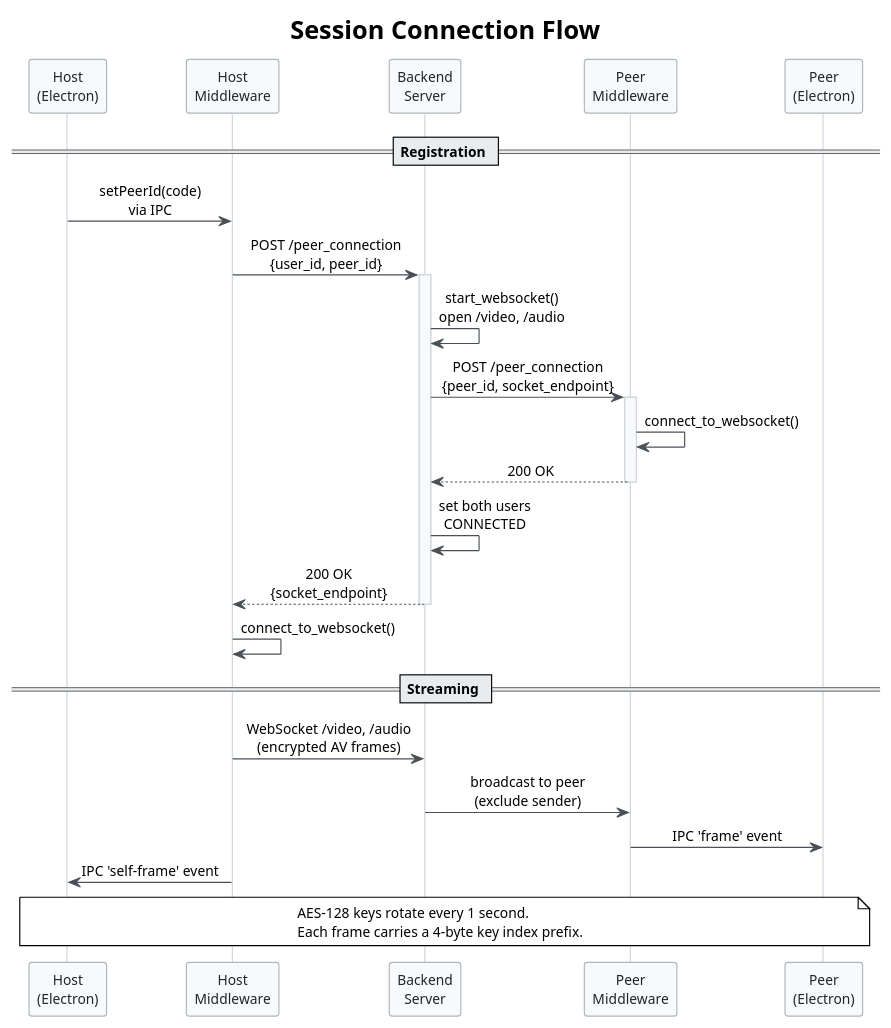
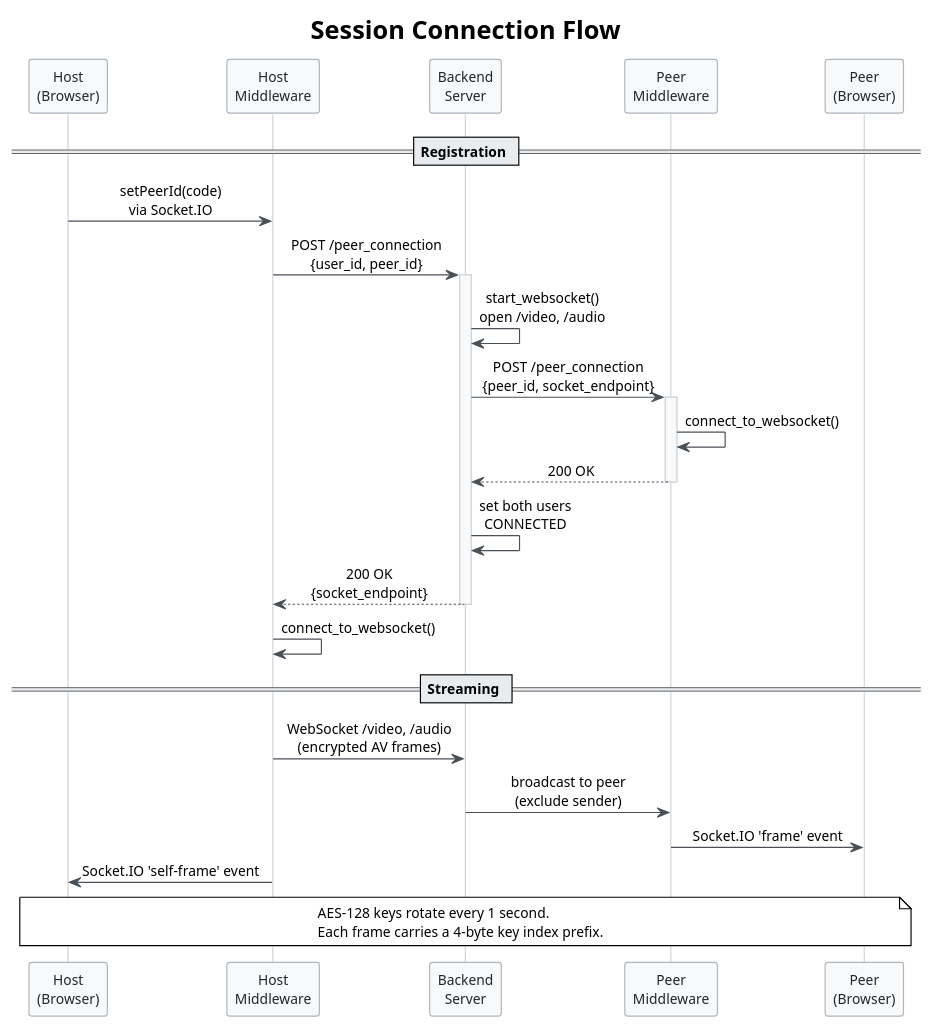
Before and after one commit to Quantum-Interns-at-Qualcomm-Institiute/Quantum-Video-Chat: the diagram in docs/diagrams/session-connect.puml, drawn with PlantUML. The commit also changed 63 other files, not shown here.

```diff
--- a/docs/diagrams/session-connect.puml
+++ b/docs/diagrams/session-connect.puml
@@ -1,63 +1,63 @@
 @startuml session-connect
 !theme plain
 skinparam backgroundColor transparent
 skinparam defaultFontName "Segoe UI, Helvetica, Arial, sans-serif"
 skinparam defaultFontSize 12
 skinparam shadowing false
 skinparam sequenceMessageAlign center
 skinparam responseMessageBelowArrow true
 
 skinparam participant {
     BackgroundColor #F8F9FA
     BorderColor #ADB5BD
     FontColor #212529
 }
 
 skinparam sequence {
     ArrowColor #495057
     LifeLineBorderColor #CED4DA
     LifeLineBackgroundColor #F8F9FA
     DividerBackgroundColor #E9ECEF
     GroupBackgroundColor #F8F9FA
 }
 
 title Session Connection Flow
 
-participant "Host\n(Electron)" as host
+participant "Host\n(Browser)" as host
 participant "Host\nMiddleware" as hostmw
 participant "Backend\nServer" as server
 participant "Peer\nMiddleware" as peermw
-participant "Peer\n(Electron)" as peer
+participant "Peer\n(Browser)" as peer
 
 == Registration ==
 
-host -> hostmw : setPeerId(code)\nvia IPC
+host -> hostmw : setPeerId(code)\nvia Socket.IO
 hostmw -> server : POST /peer_connection\n{user_id, peer_id}
 activate server
 
 server -> server : start_websocket()\nopen /video, /audio
 server -> peermw : POST /peer_connection\n{peer_id, socket_endpoint}
 activate peermw
 peermw -> peermw : connect_to_websocket()
 peermw --> server : 200 OK
 deactivate peermw
 
 server -> server : set both users\nCONNECTED
 server --> hostmw : 200 OK\n{socket_endpoint}
 deactivate server
 
 hostmw -> hostmw : connect_to_websocket()
 
 == Streaming ==
 
 hostmw -> server : WebSocket /video, /audio\n(encrypted AV frames)
 server -> peermw : broadcast to peer\n(exclude sender)
-peermw -> peer : IPC 'frame' event
-hostmw -> host : IPC 'self-frame' event
+peermw -> peer : Socket.IO 'frame' event
+hostmw -> host : Socket.IO 'self-frame' event
 
 note over host, peer
   AES-128 keys rotate every 1 second.
   Each frame carries a 4-byte key index prefix.
 end note
 
 @enduml
```
